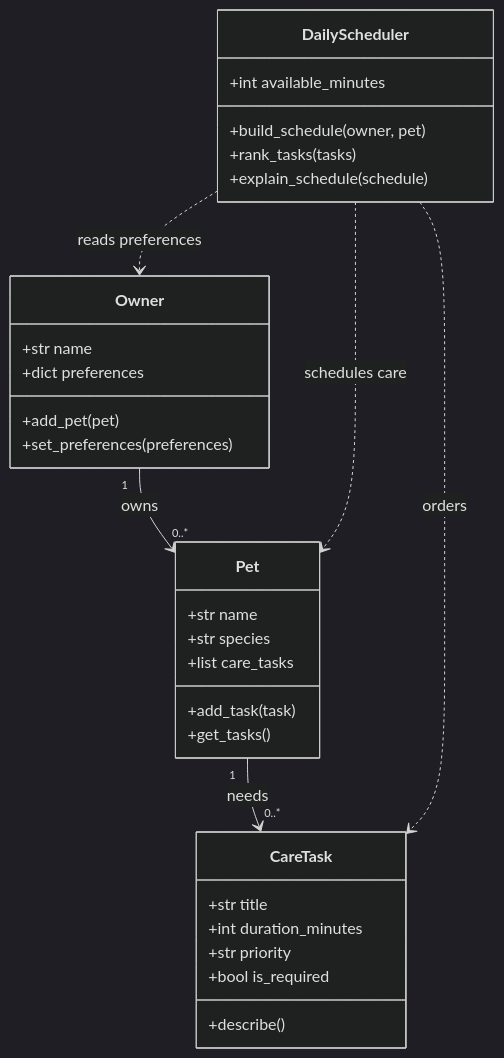
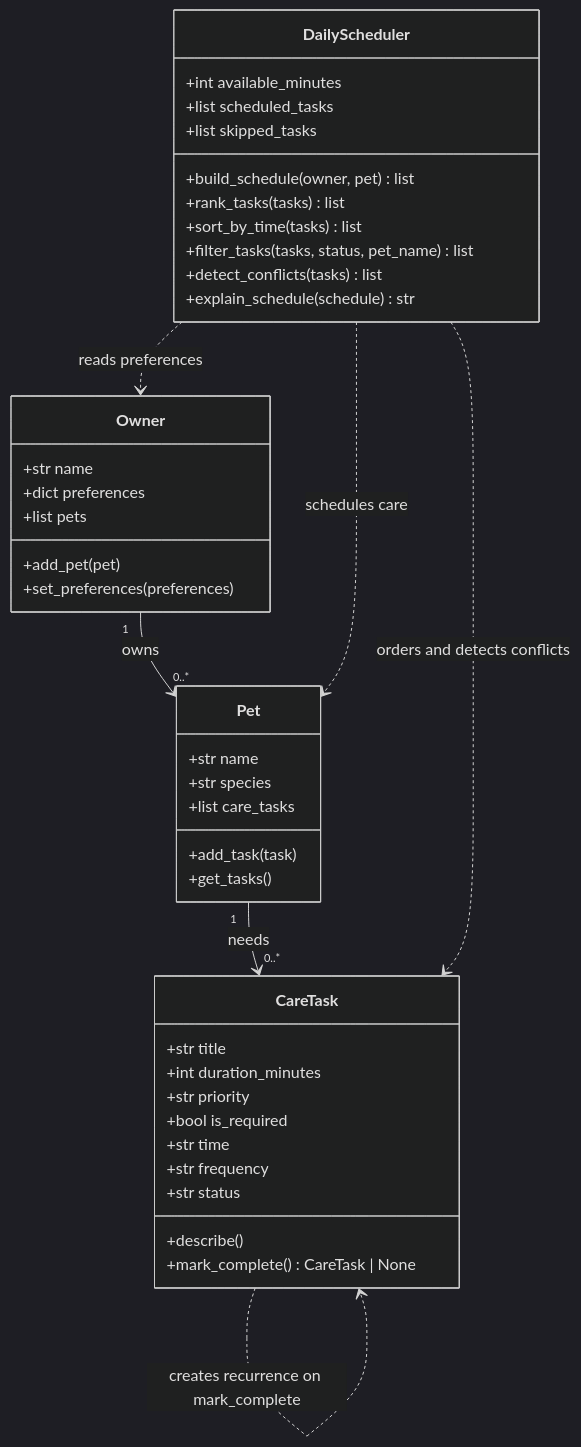
One commit to Xander-Murray/ai110-module2show-pawpal-starter changed the diagram in pawpal_uml.mmd. Above: the diagram before and after it, drawn with Mermaid (dark theme). The commit also changed 3 other files, not shown here.

```diff
--- a/pawpal_uml.mmd
+++ b/pawpal_uml.mmd
@@ -1,36 +1,47 @@
 classDiagram
     class Owner {
         +str name
         +dict preferences
+        +list pets
         +add_pet(pet)
         +set_preferences(preferences)
     }
 
     class Pet {
         +str name
         +str species
         +list care_tasks
         +add_task(task)
         +get_tasks()
     }
 
     class CareTask {
         +str title
         +int duration_minutes
         +str priority
         +bool is_required
+        +str time
+        +str frequency
+        +str status
         +describe()
+        +mark_complete() CareTask | None
     }
 
     class DailyScheduler {
         +int available_minutes
-        +build_schedule(owner, pet)
-        +rank_tasks(tasks)
-        +explain_schedule(schedule)
+        +list scheduled_tasks
+        +list skipped_tasks
+        +build_schedule(owner, pet) list
+        +rank_tasks(tasks) list
+        +sort_by_time(tasks) list
+        +filter_tasks(tasks, status, pet_name) list
+        +detect_conflicts(tasks) list
+        +explain_schedule(schedule) str
     }
 
     Owner "1" --> "0..*" Pet : owns
     Pet "1" --> "0..*" CareTask : needs
     DailyScheduler ..> Owner : reads preferences
     DailyScheduler ..> Pet : schedules care
-    DailyScheduler ..> CareTask : orders
+    DailyScheduler ..> CareTask : orders and detects conflicts
+    CareTask ..> CareTask : creates recurrence on mark_complete
```
